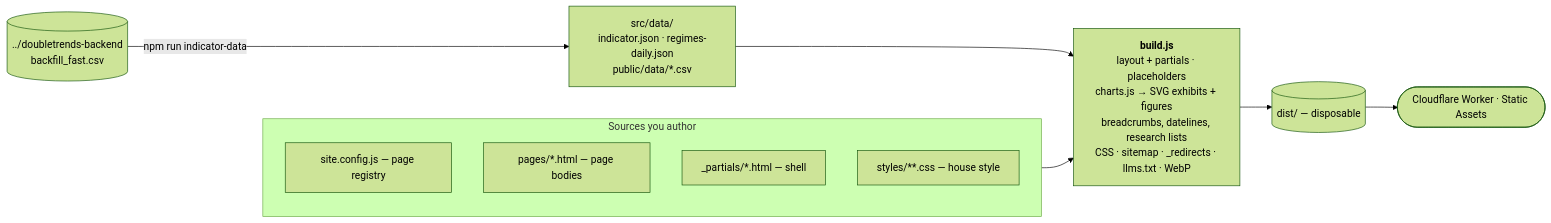
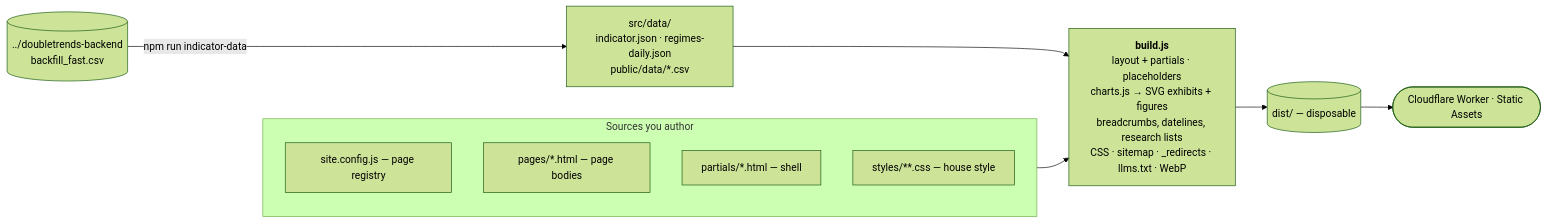
One commit to doubletrends/doubletrends-site changed the diagram in README.md. Above: the diagram before and after it, drawn with Mermaid (forest theme). The commit also changed other lines of this file and 44 other files, not shown here.

````diff
--- a/README.md
+++ b/README.md
@@ -11,15 +11,15 @@
 ```mermaid
 flowchart LR
     backend[("../doubletrends-backend<br/>backfill_fast.csv")] -->|npm run indicator-data| data["src/data/<br/>indicator.json · regimes-daily.json<br/>public/data/*.csv"]
     subgraph SRC["Sources you author"]
         direction TB
         cfg["site.config.js — page registry"]
         pages["pages/*.html — page bodies"]
-        parts["_partials/*.html — shell"]
+        parts["partials/*.html — shell"]
         css["styles/**.css — house style"]
     end
     data --> build
     SRC --> build["<b>build.js</b><br/>layout + partials · placeholders<br/>charts.js → SVG exhibits + figures<br/>breadcrumbs, datelines, research lists<br/>CSS · sitemap · _redirects · llms.txt · WebP"]
     build --> dist[("dist/ — disposable")]
     dist --> cf(["Cloudflare Worker · Static Assets"])
 ```
````
